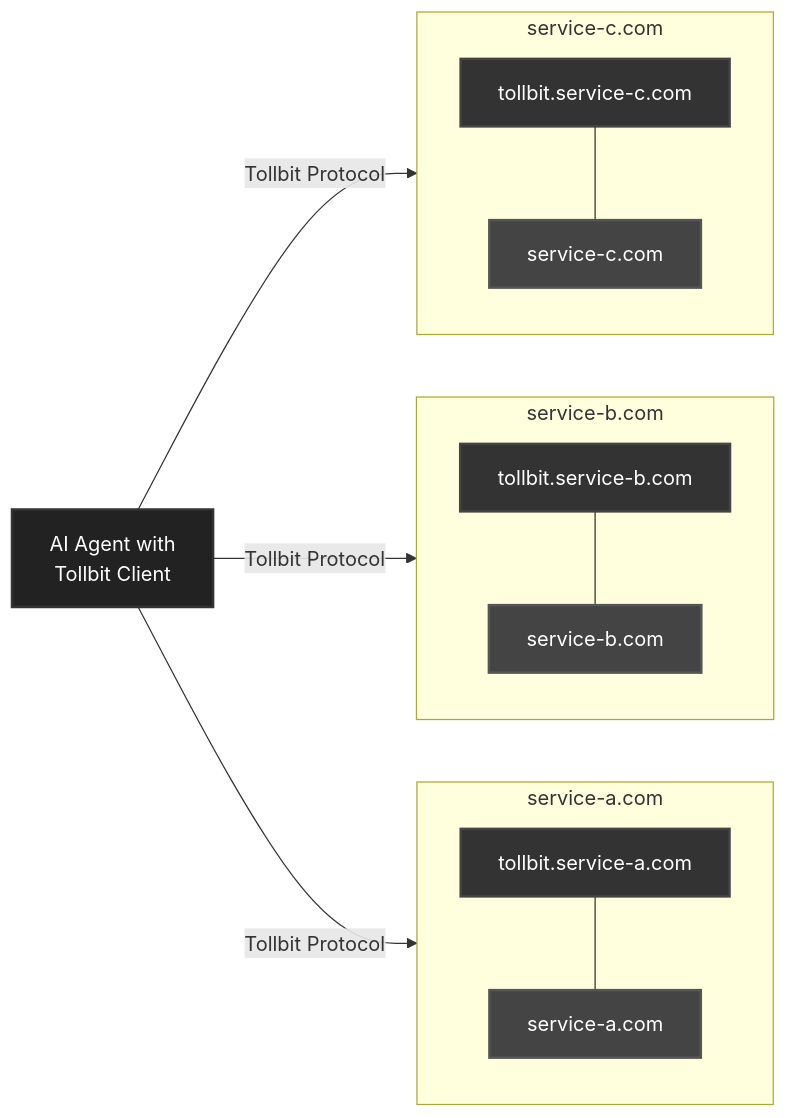
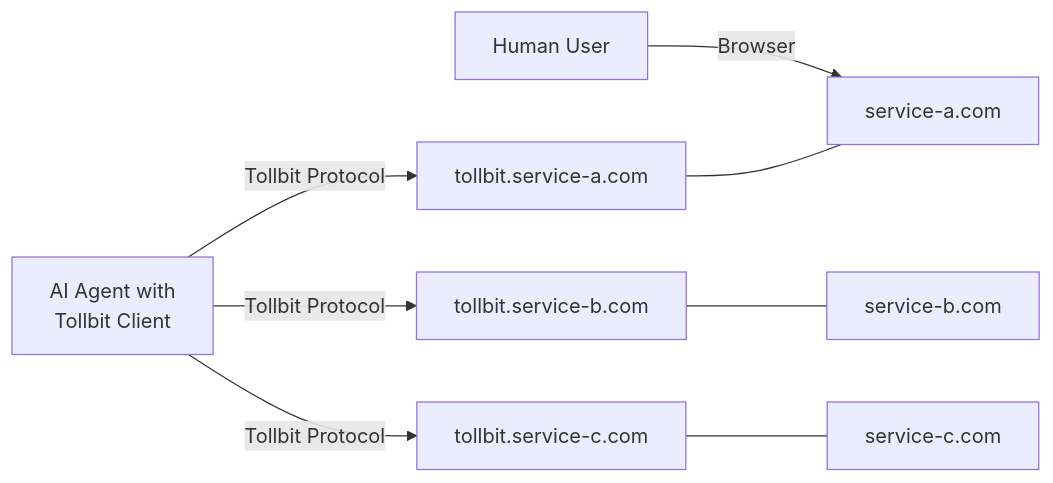
One commit to tollbit/node-sdk changed the diagram in README.md. Above: the diagram before and after it, drawn with Mermaid.

````diff
--- a/README.md
+++ b/README.md
@@ -41,42 +41,32 @@
 ```mermaid
 flowchart LR
     %% Define the AI agent client
     A[AI Agent with<br>Tollbit Client]
-    style A fill:#222,color:#fff,stroke:#333,stroke-width:2px
 
-    %% Define the service blocks with Tollbit front doors attached
-    subgraph Service-A ["service-a.com"]
-        direction TB
-        C1[service-a.com]
-        B1[tollbit.service-a.com]
-        B1 --- C1
-    end
+    %% Define the Tollbit front doors
+    B1[tollbit.service-a.com]
+    B2[tollbit.service-b.com]
+    B3[tollbit.service-c.com]
 
-    subgraph Service-B ["service-b.com"]
-        direction TB
-        C2[service-b.com]
-        B2[tollbit.service-b.com]
-        B2 --- C2
-    end
+    %% Define the actual services
+    C1[service-a.com]
+    C2[service-b.com]
+    C3[service-c.com]
 
-    subgraph Service-C ["service-c.com"]
-        direction TB
-        C3[service-c.com]
-        B3[tollbit.service-c.com]
-        B3 --- C3
-    end
-
-    %% Style the boxes
-    style B1 fill:#333,color:#fff,stroke:#444,stroke-width:2px
-    style B2 fill:#333,color:#fff,stroke:#444,stroke-width:2px
-    style B3 fill:#333,color:#fff,stroke:#444,stroke-width:2px
-
-    style C1 fill:#444,color:#fff,stroke:#555,stroke-width:2px
-    style C2 fill:#444,color:#fff,stroke:#555,stroke-width:2px
-    style C3 fill:#444,color:#fff,stroke:#555,stroke-width:2px
+    %% Define the human user (simple)
+    H[Human User]
 
     %% Connect AI agent to Tollbit front doors
     A -->|"Tollbit Protocol"| B1
     A -->|"Tollbit Protocol"| B2
     A -->|"Tollbit Protocol"| B3
+
+    %% Connect human to just service-a
+    H -->|"Browser"| C1
+
+    %% Connect Tollbit front doors to actual services - no labels
+    B1 --- C1
+    B2 --- C2
+    B3 --- C3
+
 ```
````
